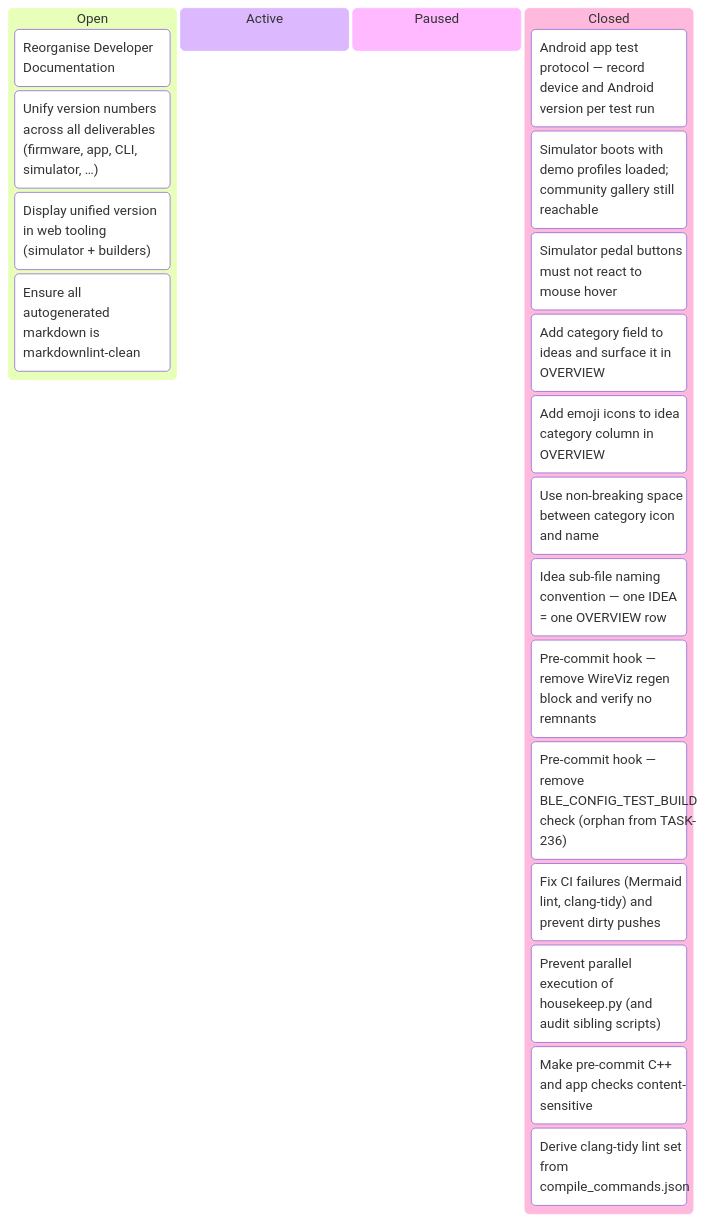
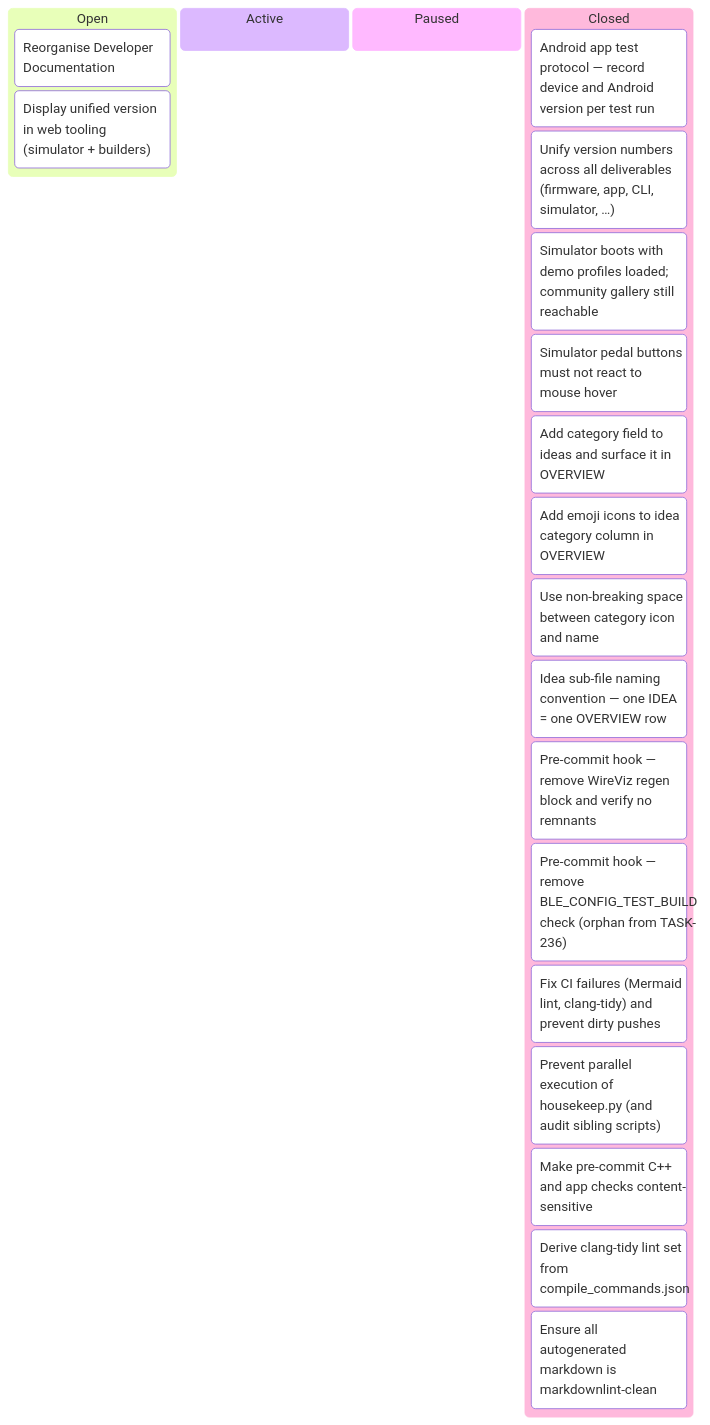
One commit to tgd1975/AwesomeStudioPedal changed the seventh of 7 diagrams in docs/developers/tasks/KANBAN.md. Above: the diagram before and after it, drawn with Mermaid. The commit also changed other lines of this file and 11 other files, not shown here.

First line of the commit message:
close TASK-260: unify version numbers across all deliverables

````diff
--- a/docs/developers/tasks/KANBAN.md
+++ b/docs/developers/tasks/KANBAN.md
@@ -114,24 +114,24 @@
 ```mermaid
 kanban
   Open
     TASK_148["Reorganise Developer Documentation"]
-    TASK_260["Unify version numbers across all deliverables (firmware, app, CLI, simulator, …)"]
     TASK_350["Display unified version in web tooling (simulator + builders)"]
-    TASK_351["Ensure all autogenerated markdown is markdownlint-clean"]
   Active
   Paused
   Closed
     TASK_259["Android app test protocol — record device and Android version per test run"]
+    TASK_260["Unify version numbers across all deliverables (firmware, app, CLI, simulator, …)"]
     TASK_303["Simulator boots with demo profiles loaded; community gallery still reachable"]
     TASK_304["Simulator pedal buttons must not react to mouse hover"]
     TASK_305["Add category field to ideas and surface it in OVERVIEW"]
     TASK_313["Add emoji icons to idea category column in OVERVIEW"]
     TASK_314["Use non-breaking space between category icon and name"]
     TASK_315["Idea sub-file naming convention — one IDEA = one OVERVIEW row"]
     TASK_319["Pre-commit hook — remove WireViz regen block and verify no remnants"]
     TASK_320["Pre-commit hook — remove BLE_CONFIG_TEST_BUILD check (orphan from TASK-236)"]
     TASK_321["Fix CI failures (Mermaid lint, clang-tidy) and prevent dirty pushes"]
     TASK_328["Prevent parallel execution of housekeep.py (and audit sibling scripts)"]
     TASK_346["Make pre-commit C++ and app checks content-sensitive"]
     TASK_348["Derive clang-tidy lint set from compile_commands.json"]
+    TASK_351["Ensure all autogenerated markdown is markdownlint-clean"]
 ```
````
